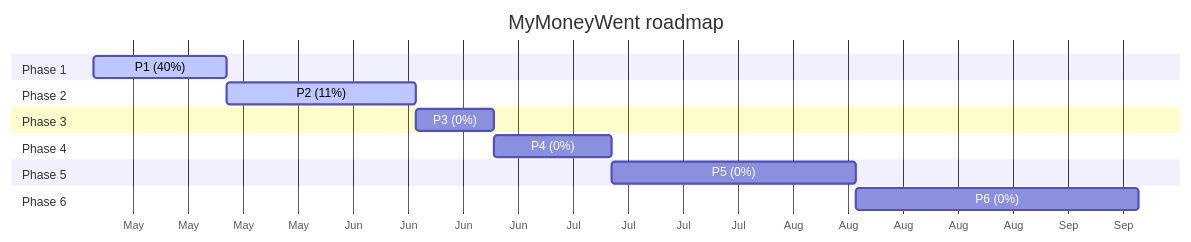
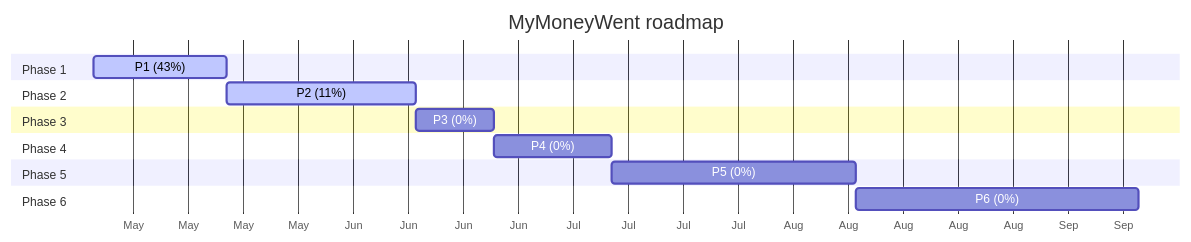
The diagram in docs/dashboard.md (maingocanh1702/my-money-went-bot), drawn with Mermaid before and after one commit. The commit also changed other lines of this file and 2 other files, not shown here.

````diff
--- a/docs/dashboard.md
+++ b/docs/dashboard.md
@@ -98,18 +101,18 @@
 ```mermaid
 gantt
     title MyMoneyWent roadmap
     dateFormat YYYY-MM-DD
     axisFormat %b
     section Phase 1
-    P1 (40%) : active, 2026-05-05, 2026-05-22
+    P1 (43%) : active, 2026-05-05, 2026-05-22
     section Phase 2
     P2 (11%) : active, 2026-05-22, 2026-06-15
     section Phase 3
     P3 (0%) : 2026-06-15, 2026-06-25
     section Phase 4
     P4 (0%) : 2026-06-25, 2026-07-10
     section Phase 5
     P5 (0%) : 2026-07-10, 2026-08-10
     section Phase 6
     P6 (0%) : 2026-08-10, 2026-09-15
 ```
````
